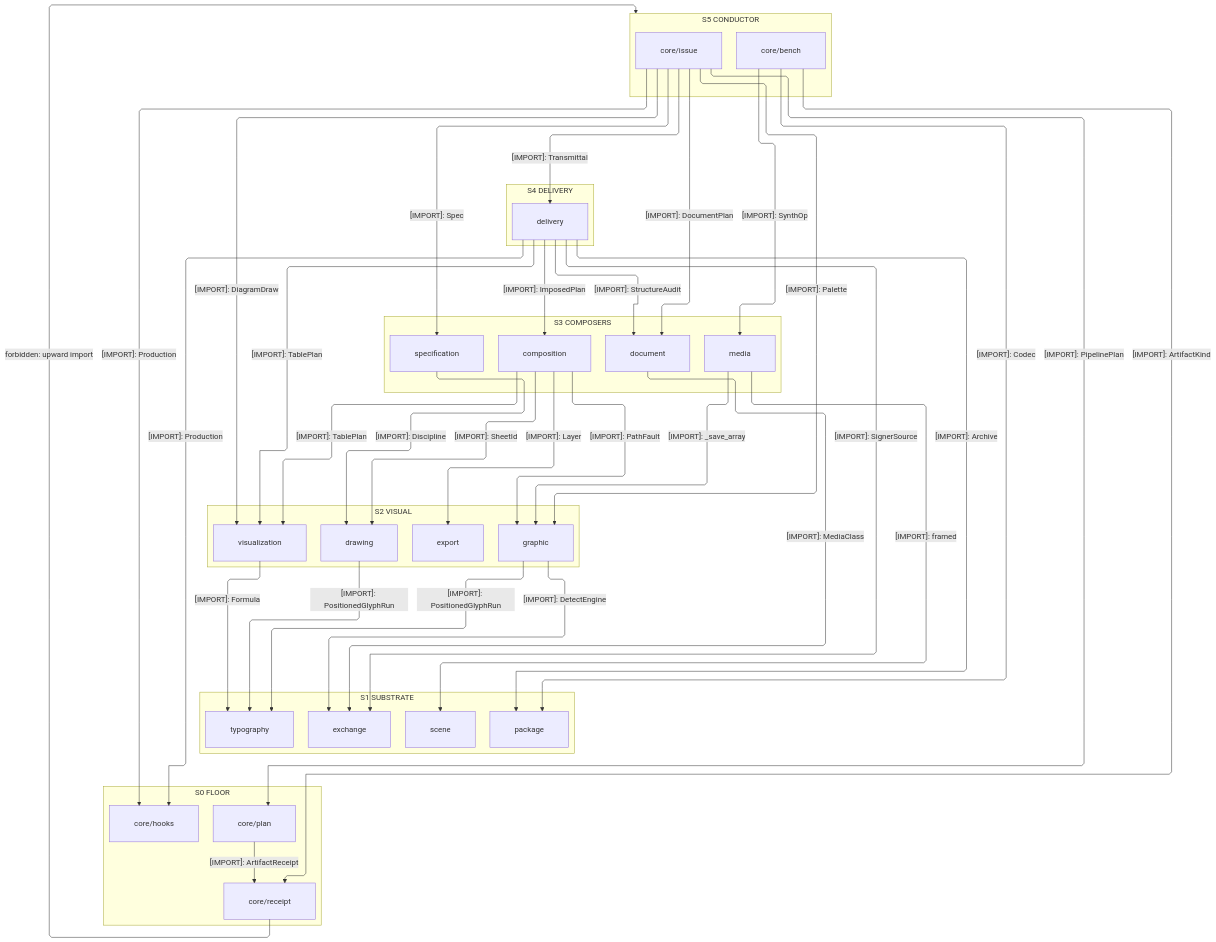
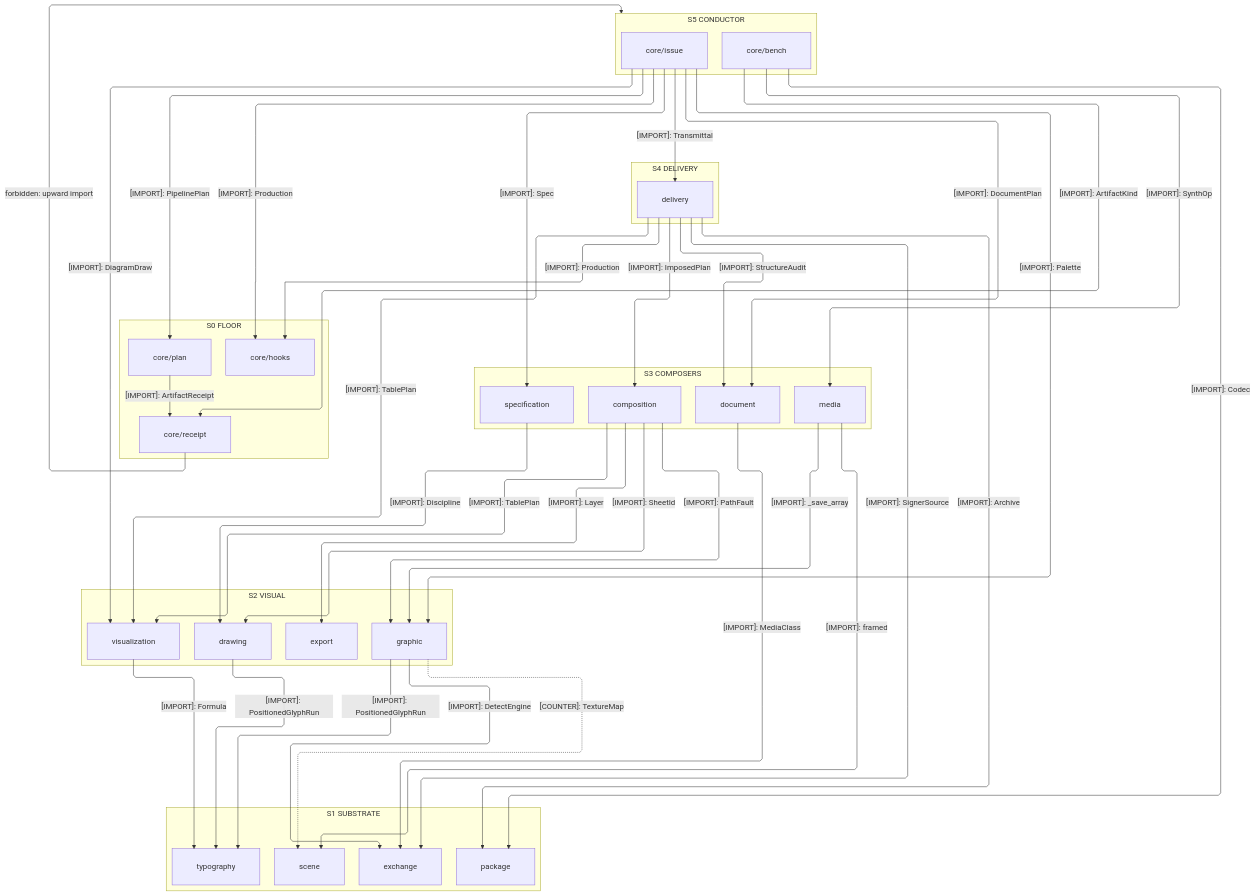
Before and after one commit to bsamiee/Rasm: the first of 3 diagrams in libs/python/artifacts/ARCHITECTURE.md, drawn with Mermaid. The commit also changed other lines of this file and 115 other files, not shown here.

````diff
--- a/libs/python/artifacts/ARCHITECTURE.md
+++ b/libs/python/artifacts/ARCHITECTURE.md
@@ -117,73 +117,73 @@
 ```mermaid
 ---
 config:
   layout: elk
   flowchart:
     curve: linear
     padding: 25
 ---
 flowchart TB
     accTitle: Artifacts interior import strata
-    accDescr: Six import strata from the issue conductor down to the plan-receipt floor; each labeled edge names one sourced type.
+    accDescr: Import strata from the issue conductor down to the plan-receipt floor, the TextureMap counter-edge crossing texture data to scene.
     subgraph S5["S5 CONDUCTOR"]
         Issue[core/issue]
         Bench[core/bench]
     end
     subgraph S4["S4 DELIVERY"]
         Delivery[delivery]
     end
     subgraph S3["S3 COMPOSERS"]
         Media[media]
         Document[document]
         Composition[composition]
         Specification[specification]
     end
     subgraph S2["S2 VISUAL"]
         Graphic[graphic]
         Visualization[visualization]
         Drawing[drawing]
         Export[export]
     end
     subgraph S1["S1 SUBSTRATE"]
         Scene[scene]
         Typography[typography]
         Exchange[exchange]
         Package[package]
     end
     subgraph S0["S0 FLOOR"]
         Plan[core/plan]
         Receipt[core/receipt]
         Hooks[core/hooks]
     end
-    Issue s1@-->|"[IMPORT]: Transmittal"| Delivery
-    Issue s2@-->|"[IMPORT]: DocumentPlan"| Document
-    Issue s3@-->|"[IMPORT]: Spec"| Specification
-    Issue s4@-->|"[IMPORT]: DiagramDraw"| Visualization
-    Issue s5@-->|"[IMPORT]: Palette"| Graphic
-    Issue s6@-->|"[IMPORT]: PipelinePlan"| Plan
-    Delivery s7@-->|"[IMPORT]: ImposedPlan"| Composition
-    Delivery s8@-->|"[IMPORT]: SignerSource"| Exchange
-    Delivery s9@-->|"[IMPORT]: Archive"| Package
-    Delivery s10@-->|"[IMPORT]: TablePlan"| Visualization
-    Composition s11@-->|"[IMPORT]: Layer"| Export
-    Composition s12@-->|"[IMPORT]: SheetId"| Drawing
-    Composition s13@-->|"[IMPORT]: PathFault"| Graphic
-    Composition s14@-->|"[IMPORT]: TablePlan"| Visualization
-    Specification s15@-->|"[IMPORT]: Discipline"| Drawing
-    Document s16@-->|"[IMPORT]: MediaClass"| Exchange
-    Media s17@-->|"[IMPORT]: framed"| Scene
-    Media s18@-->|"[IMPORT]: _save_array"| Graphic
-    Graphic s19@-->|"[IMPORT]: PositionedGlyphRun"| Typography
-    Graphic s20@-->|"[IMPORT]: DetectEngine"| Exchange
-    Drawing s21@-->|"[IMPORT]: PositionedGlyphRun"| Typography
-    Visualization s22@-->|"[IMPORT]: Formula"| Typography
-    Plan s23@-->|"[IMPORT]: ArtifactReceipt"| Receipt
-    Issue s24@-->|"[IMPORT]: Production"| Hooks
-    Bench s25@-->|"[IMPORT]: Codec"| Package
-    Bench s26@-->|"[IMPORT]: ArtifactKind"| Receipt
-    Bench s27@-->|"[IMPORT]: SynthOp"| Media
-    Delivery s28@-->|"[IMPORT]: Production"| Hooks
-    Delivery s29@-->|"[IMPORT]: StructureAudit"| Document
-    Typography ~~~ Plan
+    Issue e1@-->|"[IMPORT]: Transmittal"| Delivery
+    Issue e2@-->|"[IMPORT]: DocumentPlan"| Document
+    Issue e3@-->|"[IMPORT]: Spec"| Specification
+    Issue e4@-->|"[IMPORT]: DiagramDraw"| Visualization
+    Issue e5@-->|"[IMPORT]: Palette"| Graphic
+    Issue e6@-->|"[IMPORT]: PipelinePlan"| Plan
+    Delivery e7@-->|"[IMPORT]: ImposedPlan"| Composition
+    Delivery e8@-->|"[IMPORT]: SignerSource"| Exchange
+    Delivery e9@-->|"[IMPORT]: Archive"| Package
+    Delivery e10@-->|"[IMPORT]: TablePlan"| Visualization
+    Composition e11@-->|"[IMPORT]: Layer"| Export
+    Composition e12@-->|"[IMPORT]: SheetId"| Drawing
+    Composition e13@-->|"[IMPORT]: PathFault"| Graphic
+    Composition e14@-->|"[IMPORT]: TablePlan"| Visualization
+    Specification e15@-->|"[IMPORT]: Discipline"| Drawing
+    Document e16@-->|"[IMPORT]: MediaClass"| Exchange
+    Media e17@-->|"[IMPORT]: framed"| Scene
+    Media e18@-->|"[IMPORT]: _save_array"| Graphic
+    Graphic e19@-->|"[IMPORT]: PositionedGlyphRun"| Typography
+    Graphic e20@-->|"[IMPORT]: DetectEngine"| Exchange
+    Drawing e21@-->|"[IMPORT]: PositionedGlyphRun"| Typography
+    Visualization e22@-->|"[IMPORT]: Formula"| Typography
+    Plan e23@-->|"[IMPORT]: ArtifactReceipt"| Receipt
+    Issue e24@-->|"[IMPORT]: Production"| Hooks
+    Bench e25@-->|"[IMPORT]: Codec"| Package
+    Bench e26@-->|"[IMPORT]: ArtifactKind"| Receipt
+    Bench e27@-->|"[IMPORT]: SynthOp"| Media
+    Delivery e28@-->|"[IMPORT]: Production"| Hooks
+    Delivery e29@-->|"[IMPORT]: StructureAudit"| Document
+    Graphic e30@-.->|"[COUNTER]: TextureMap"| Scene
     Receipt f1@-->|"forbidden: upward import"| S5
 ```
````
